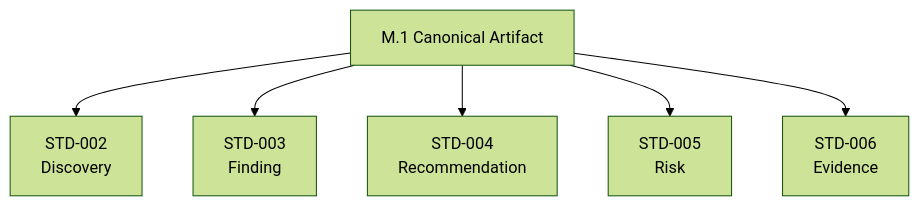
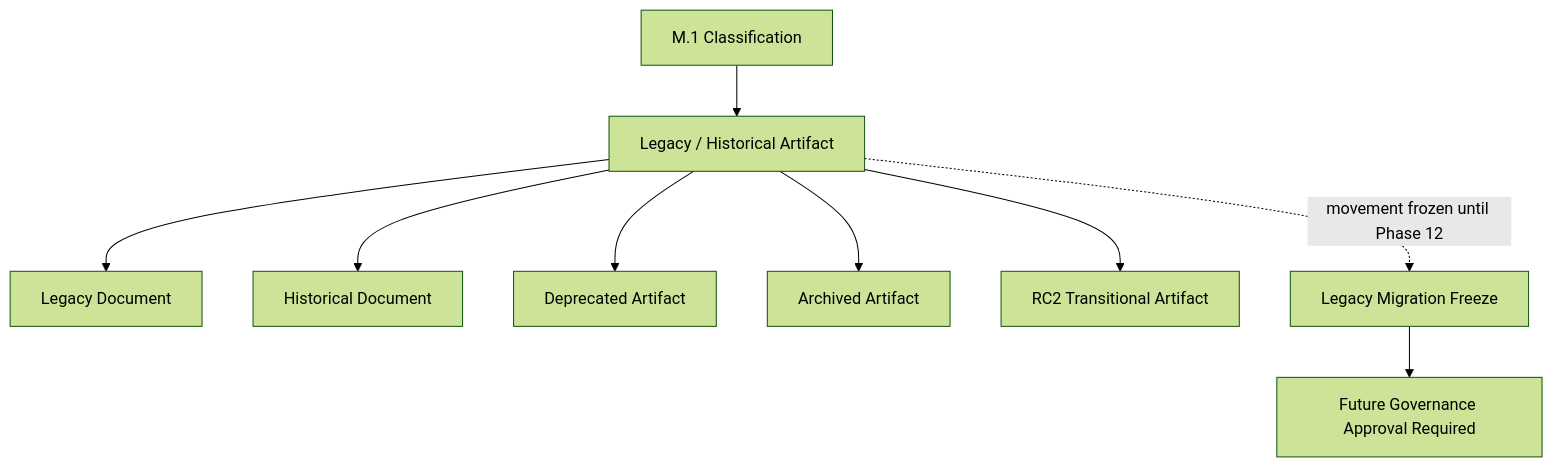
Diagram 13 of 13 in docs/AI/Meta/M.1-Artifact-Meta-Model.md (doallon/forge-ai), drawn with Mermaid (forest theme) before and after one commit. The commit also changed other lines of this file, not shown here.

Commit message:
Align M.1 artifact meta model

````diff
--- a/docs/AI/Meta/M.1-Artifact-Meta-Model.md
+++ b/docs/AI/Meta/M.1-Artifact-Meta-Model.md
@@ -1860,8 +673,11 @@
 ```mermaid
 graph TD
-    M1["M.1 Canonical Artifact"] --> S2["STD-002<br/>Discovery"]
-    M1 --> S3["STD-003<br/>Finding"]
-    M1 --> S4["STD-004<br/>Recommendation"]
-    M1 --> S5["STD-005<br/>Risk"]
-    M1 --> S6["STD-006<br/>Evidence"]
+    M1["M.1 Classification"] --> LEG["Legacy / Historical Artifact"]
+    LEG --> LDOC["Legacy Document"]
+    LEG --> HDOC["Historical Document"]
+    LEG --> DEP["Deprecated Artifact"]
+    LEG --> ARC["Archived Artifact"]
+    LEG --> RC2["RC2 Transitional Artifact"]
+    LEG -.movement frozen until Phase 12.-> FREEZE["Legacy Migration Freeze"]
+    FREEZE --> GOV["Future Governance Approval Required"]
 ```
````
